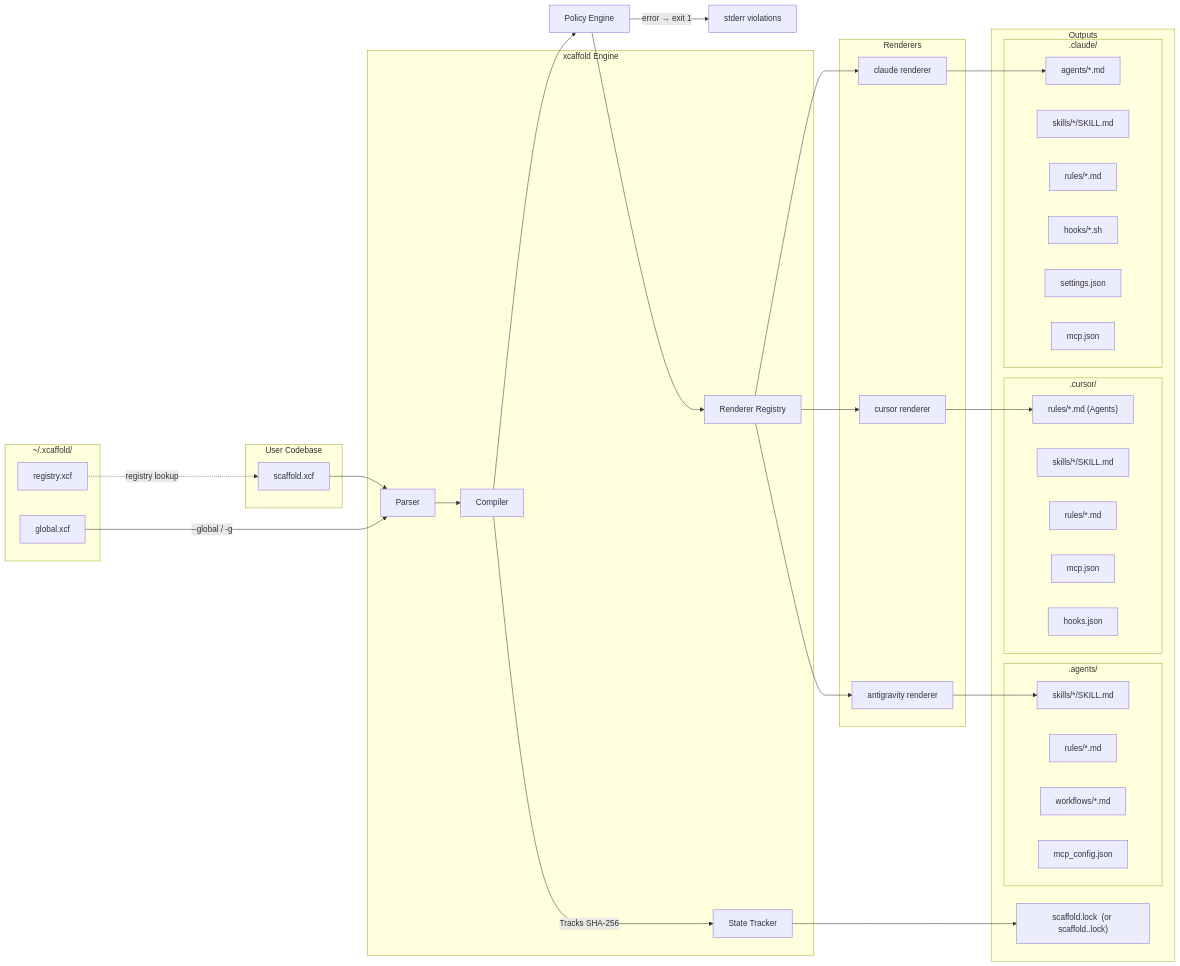
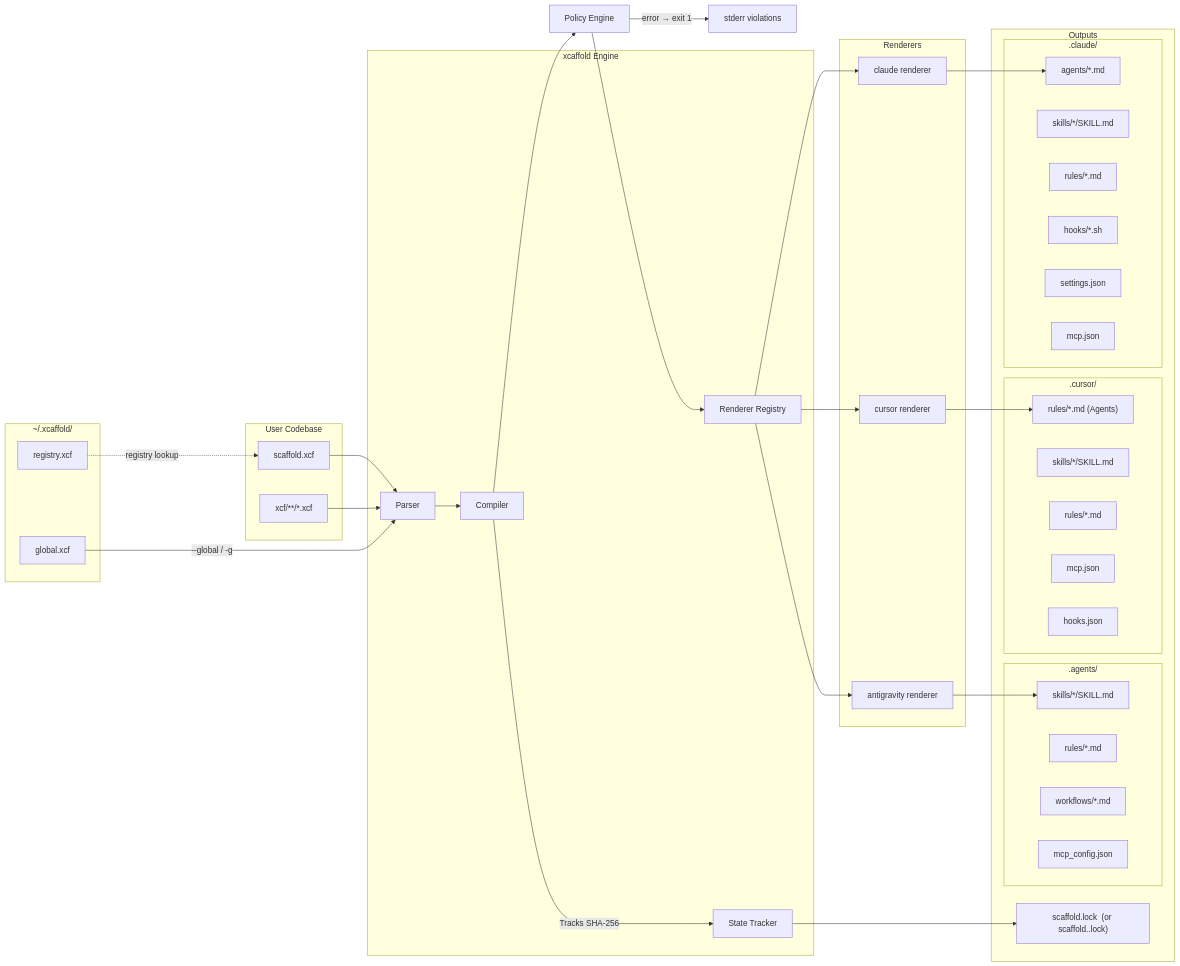
Before and after one commit to saero-ai/xcaffold: the diagram in docs/concepts/architecture.md, drawn with Mermaid. The commit also changed other lines of this file and 14 other files, not shown here.

````diff
--- a/docs/concepts/architecture.md
+++ b/docs/concepts/architecture.md
@@ -14,65 +14,67 @@
 ```mermaid
 graph LR
   subgraph Global Home ["~/.xcaffold/"]
     R[registry.xcf]
     GC[global.xcf]
   end
 
   subgraph User Codebase
     A[scaffold.xcf]
+    XCF["xcf/**/*.xcf"]
   end
 
   subgraph xcaffold Engine
     B[Parser]
     C[Compiler]
     D[State Tracker]
     RG[Renderer Registry]
   end
 
   subgraph Renderers
     RC[claude renderer]
     RCU[cursor renderer]
     RA[antigravity renderer]
   end
 
   subgraph Outputs
     F["scaffold.lock  (or scaffold.<target>.lock)"]
     
     subgraph .claude/
       C1["agents/*.md"]
       C2["skills/*/SKILL.md"]
       C3["rules/*.md"]
       C4["hooks/*.sh"]
       C5["settings.json"]
       C6["mcp.json"]
     end
     
     subgraph .cursor/
       CU1["rules/*.md (Agents)"]
       CU2["skills/*/SKILL.md"]
       CU3["rules/*.md"]
       CU4["mcp.json"]
       CU5["hooks.json"]
     end
     
     subgraph .agents/
       A1["skills/*/SKILL.md"]
       A2["rules/*.md"]
       A3["workflows/*.md"]
       A4["mcp_config.json"]
     end
   end
 
   R -..->|registry lookup| A
   GC -->|"--global / -g"| B
   A --> B
+  XCF --> B
   B --> C
   C --> PE[Policy Engine]
   PE --> RG
   PE -->|"error → exit 1"| FAIL["stderr violations"]
   RG --> RC --> C1
   RG --> RCU --> CU1
   RG --> RA --> A1
   C -->|Tracks SHA-256| D
   D --> F
 ```
````
